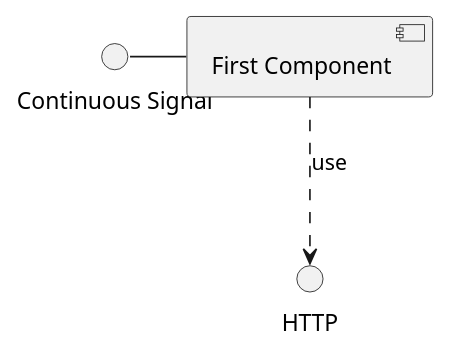
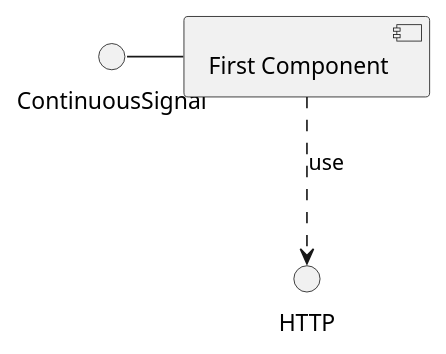
One commit to ashwinreddy/wiki changed the diagram in Engineering/Signal-Processing/Digital signal processing.md. Above: the diagram before and after it, drawn with PlantUML.

Commit message:
Updated Digital signal processing.md (markdown)

```diff
--- a/Engineering/Signal-Processing/Digital signal processing.md
+++ b/Engineering/Signal-Processing/Digital signal processing.md
@@ -6,4 +6,4 @@
 @startuml
-"Continuous Signal" - [First Component]
+ContinuousSignal - [First Component]
 [First Component] ..> HTTP : use
 @enduml
```
